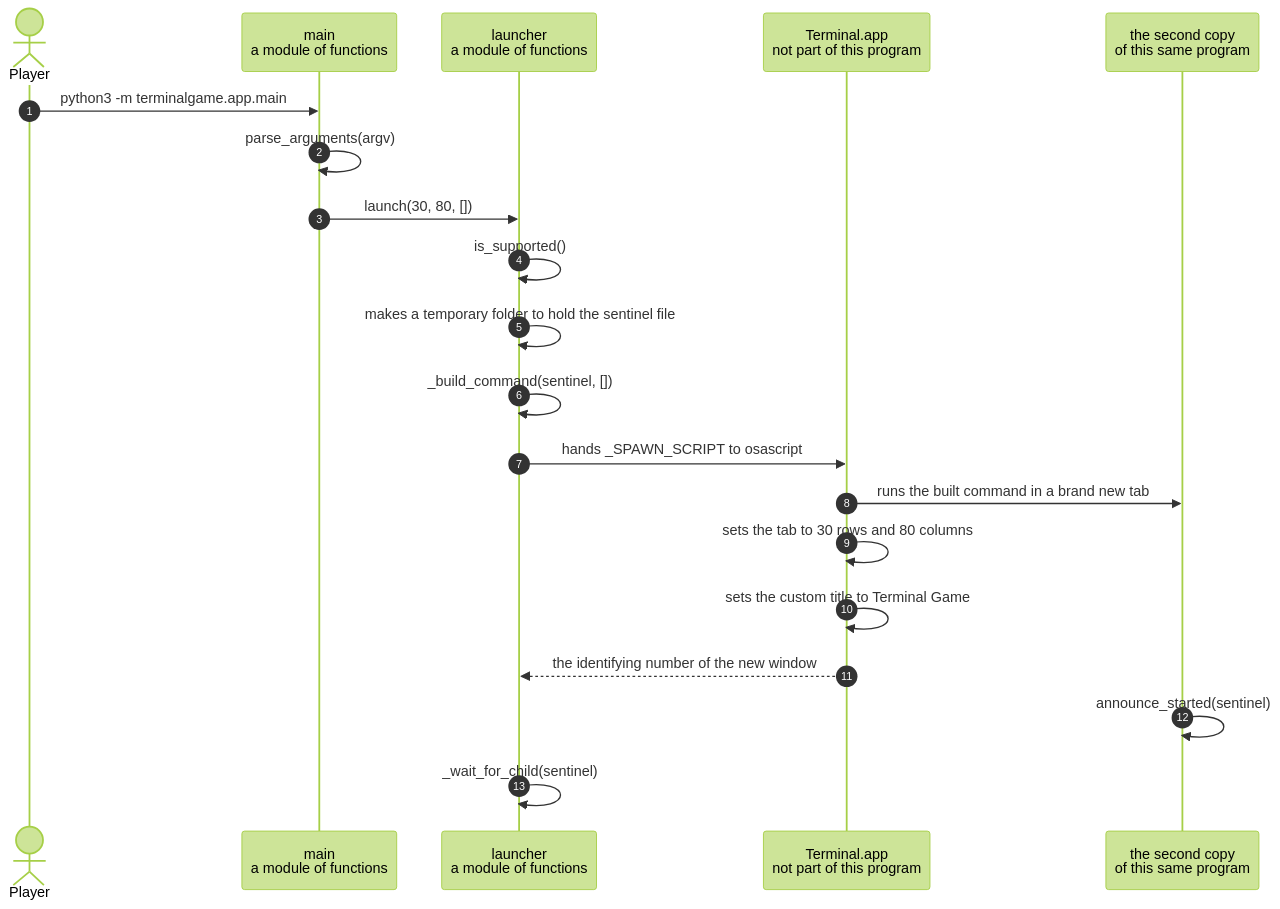
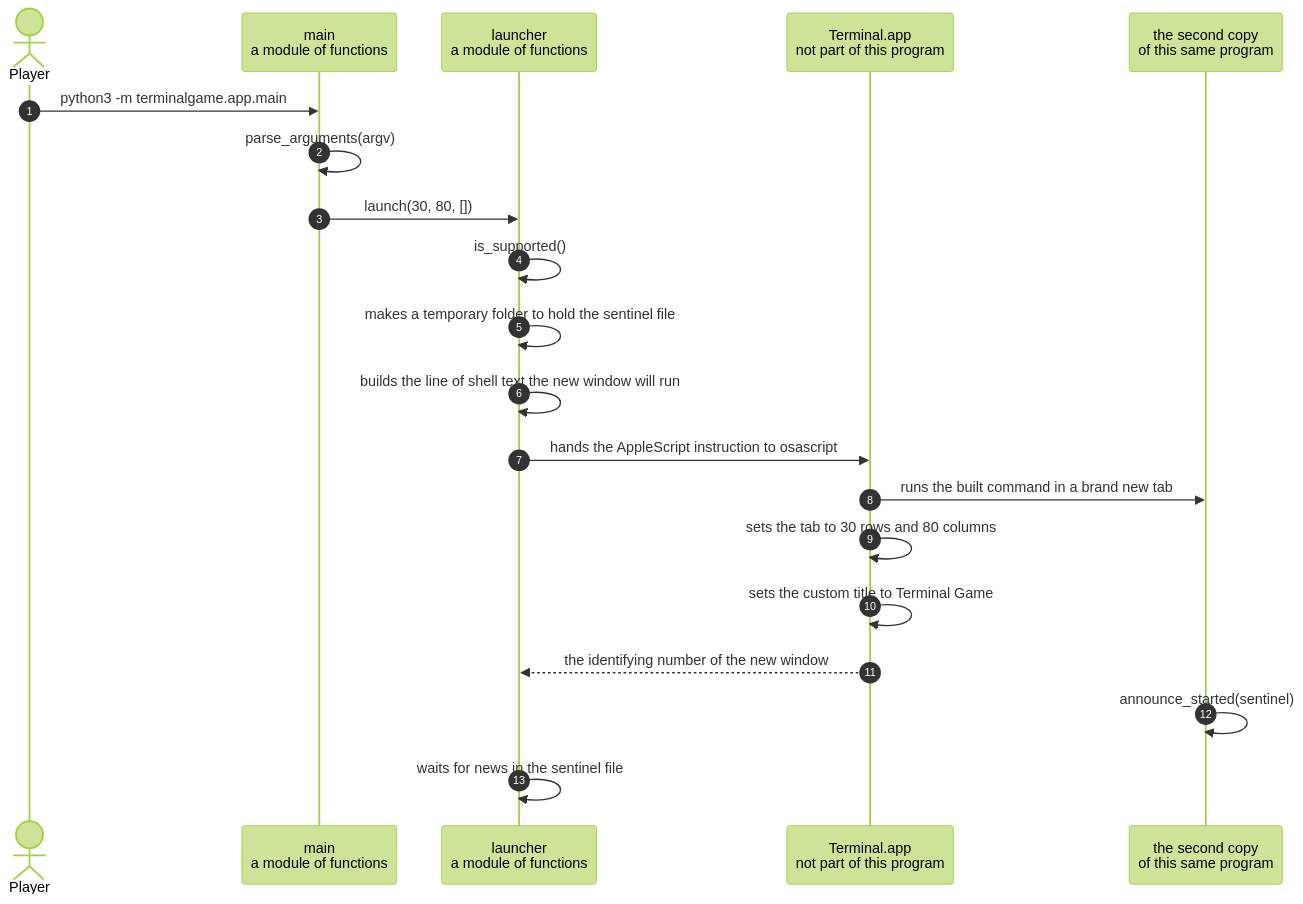
The diagram in docs/the-launcher-opens-the-game-in-its-own-terminal-window.md (replicant1/TerminalGame), drawn with Mermaid (forest theme) before and after one commit. The commit also changed other lines of this file and 5 other files, not shown here.

````diff
--- a/docs/the-launcher-opens-the-game-in-its-own-terminal-window.md
+++ b/docs/the-launcher-opens-the-game-in-its-own-terminal-window.md
@@ -49,23 +49,23 @@
 ```mermaid
 sequenceDiagram
     autonumber
     actor Player
     participant Main as main<br/>a module of functions
     participant Launcher as launcher<br/>a module of functions
     participant Terminal as Terminal.app<br/>not part of this program
     participant Child as the second copy<br/>of this same program
 
     Player->>Main: python3 -m terminalgame.app.main
     Main->>Main: parse_arguments(argv)
     Main->>Launcher: launch(30, 80, [])
     Launcher->>Launcher: is_supported()
     Launcher->>Launcher: makes a temporary folder to hold the sentinel file
-    Launcher->>Launcher: _build_command(sentinel, [])
-    Launcher->>Terminal: hands _SPAWN_SCRIPT to osascript
+    Launcher->>Launcher: builds the line of shell text the new window will run
+    Launcher->>Terminal: hands the AppleScript instruction to osascript
     Terminal->>Child: runs the built command in a brand new tab
     Terminal->>Terminal: sets the tab to 30 rows and 80 columns
     Terminal->>Terminal: sets the custom title to Terminal Game
     Terminal-->>Launcher: the identifying number of the new window
     Child->>Child: announce_started(sentinel)
-    Launcher->>Launcher: _wait_for_child(sentinel)
+    Launcher->>Launcher: waits for news in the sentinel file
 ```
````
